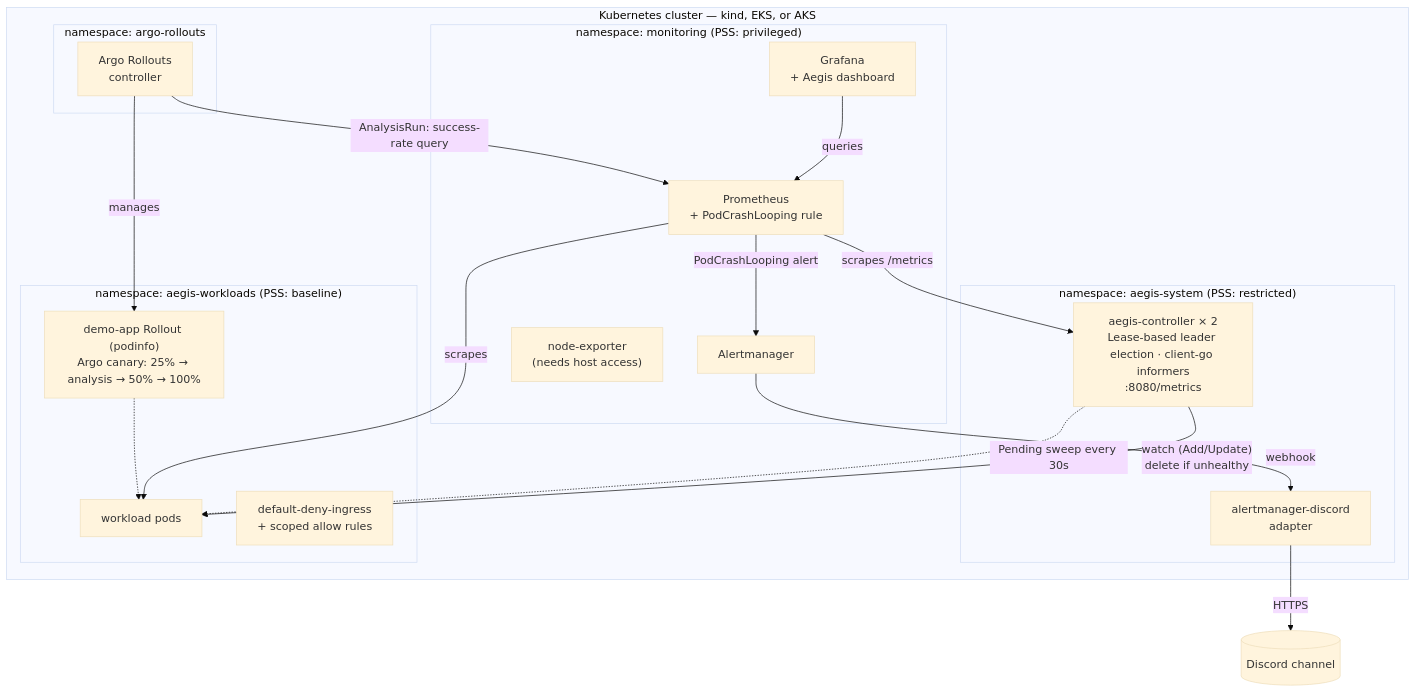
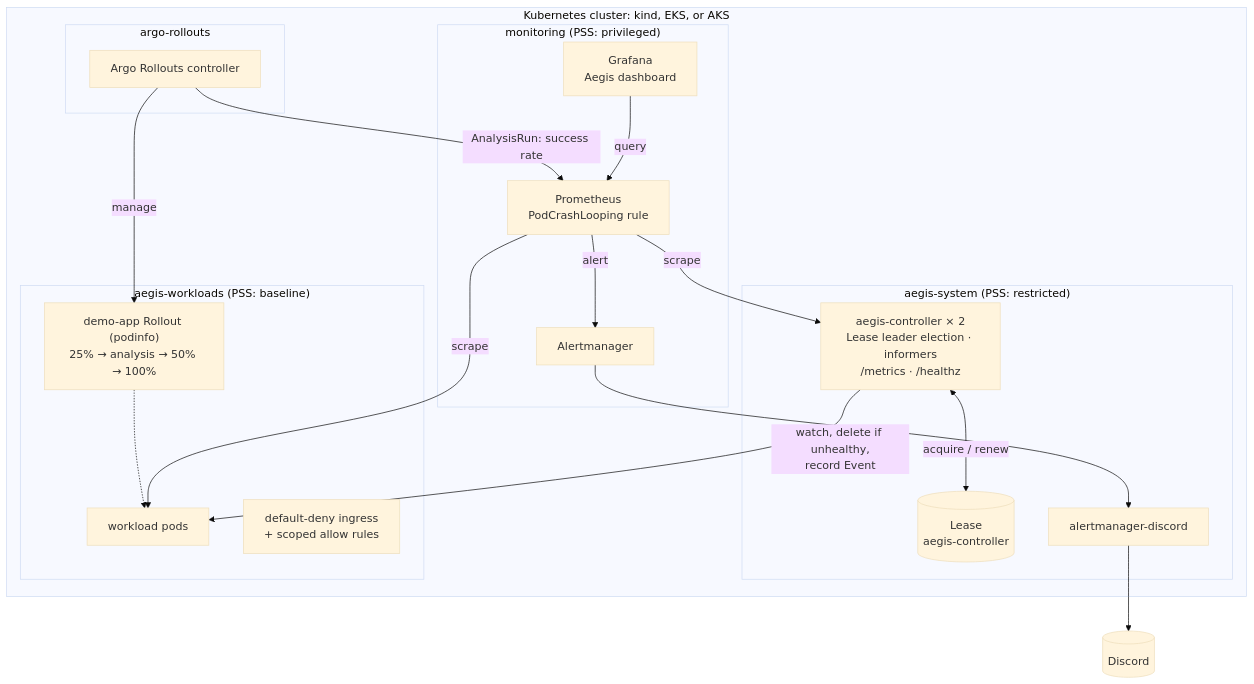
One commit to viditpawar/aegis-self-healing-k8s changed the diagram in README.md. Above: the diagram before and after it, drawn with Mermaid (base theme). The commit also changed other lines of this file, not shown here.

Commit message:
Restructure README: architecture walkthrough, design notes, demo guide, observability, security, CI/CD and roadmap

````diff
--- a/README.md
+++ b/README.md
@@ -21,40 +43,37 @@
 ```mermaid
 flowchart TB
-    subgraph cluster["Kubernetes cluster — kind, EKS, or AKS"]
-        subgraph ns_system["namespace: aegis-system  (PSS: restricted)"]
-            controller["aegis-controller × 2\nLease-based leader election · client-go informers\n:8080/metrics"]
-            discordAdapter["alertmanager-discord\nadapter"]
+    subgraph cluster["Kubernetes cluster: kind, EKS, or AKS"]
+        subgraph ns_system["aegis-system  (PSS: restricted)"]
+            controller["aegis-controller × 2<br/>Lease leader election · informers<br/>/metrics · /healthz"]
+            lease[("Lease<br/>aegis-controller")]
+            discordAdapter["alertmanager-discord"]
         end
 
-        subgraph ns_workloads["namespace: aegis-workloads  (PSS: baseline)"]
-            rollout["demo-app Rollout (podinfo)\nArgo canary: 25% → analysis → 50% → 100%"]
+        subgraph ns_workloads["aegis-workloads  (PSS: baseline)"]
+            rollout["demo-app Rollout (podinfo)<br/>25% → analysis → 50% → 100%"]
             pods["workload pods"]
-            netpol["default-deny-ingress\n+ scoped allow rules"]
+            netpol["default-deny ingress<br/>+ scoped allow rules"]
         end
 
-        subgraph ns_monitoring["namespace: monitoring  (PSS: privileged)"]
-            prometheus["Prometheus\n+ PodCrashLooping rule"]
+        subgraph ns_monitoring["monitoring  (PSS: privileged)"]
+            prometheus["Prometheus<br/>PodCrashLooping rule"]
             alertmanager["Alertmanager"]
-            grafana["Grafana\n+ Aegis dashboard"]
-            nodeExporter["node-exporter\n(needs host access)"]
+            grafana["Grafana<br/>Aegis dashboard"]
         end
 
-        subgraph ns_rollouts["namespace: argo-rollouts"]
-            rolloutsCtrl["Argo Rollouts\ncontroller"]
+        subgraph ns_rollouts["argo-rollouts"]
+            rolloutsCtrl["Argo Rollouts controller"]
         end
     end
 
-    discord[("Discord channel")]
+    discord[("Discord")]
 
-    controller -- "watch (Add/Update)\ndelete if unhealthy" --> pods
-    controller -. "Pending sweep every 30s" .-> pods
-    prometheus -- scrapes --> pods
-    prometheus -- "scrapes /metrics" --> controller
-    prometheus -- "PodCrashLooping alert" --> alertmanager
-    alertmanager -- webhook --> discordAdapter
-    discordAdapter -- HTTPS --> discord
-    grafana -- queries --> prometheus
-    rolloutsCtrl -- manages --> rollout
-    rolloutsCtrl -- "AnalysisRun: success-rate query" --> prometheus
-    rollout -.-> pods
+    controller <-- "acquire / renew" --> lease
+    controller -- "watch, delete if unhealthy,<br/>record Event" --> pods
+    prometheus -- "scrape" --> controller
+    prometheus -- "scrape" --> pods
+    prometheus -- "alert" --> alertmanager --> discordAdapter --> discord
+    grafana -- "query" --> prometheus
+    rolloutsCtrl -- "manage" --> rollout -.-> pods
+    rolloutsCtrl -- "AnalysisRun: success rate" --> prometheus
 ```
````
